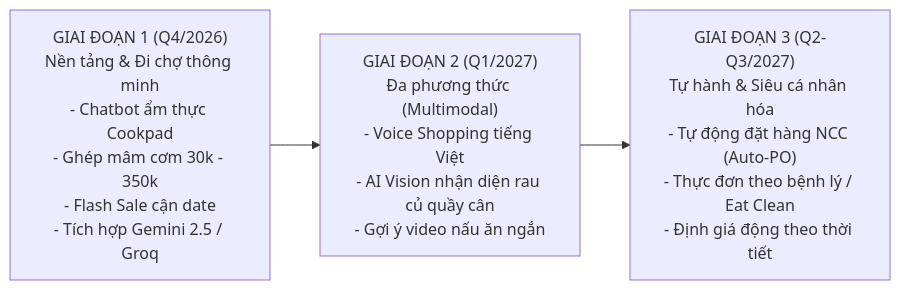
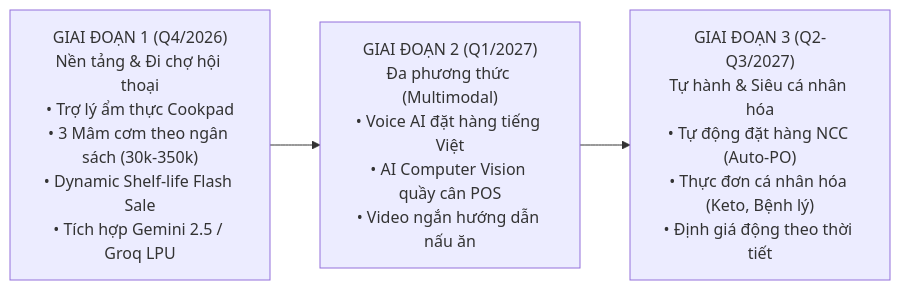
One commit to huykhang666/smart-supermarket changed the diagram in docs/10_AI/09_Roadmap.md. Above: the diagram before and after it, drawn with Mermaid. The commit also changed other lines of this file and 10 other files, not shown here.

````diff
--- a/docs/10_AI/09_Roadmap.md
+++ b/docs/10_AI/09_Roadmap.md
@@ -18,6 +20,6 @@
 ```mermaid
 flowchart LR
-    P1["GIAI ĐOẠN 1 (Q4/2026)<br/>Nền tảng & Đi chợ thông minh<br/>- Chatbot ẩm thực Cookpad<br/>- Ghép mâm cơm 30k - 350k<br/>- Flash Sale cận date<br/>- Tích hợp Gemini 2.5 / Groq"]
-    --> P2["GIAI ĐOẠN 2 (Q1/2027)<br/>Đa phương thức (Multimodal)<br/>- Voice Shopping tiếng Việt<br/>- AI Vision nhận diện rau củ quầy cân<br/>- Gợi ý video nấu ăn ngắn"]
-    --> P3["GIAI ĐOẠN 3 (Q2-Q3/2027)<br/>Tự hành & Siêu cá nhân hóa<br/>- Tự động đặt hàng NCC (Auto-PO)<br/>- Thực đơn theo bệnh lý / Eat Clean<br/>- Định giá động theo thời tiết"]
+    P1["GIAI ĐOẠN 1 (Q4/2026)<br/>Nền tảng & Đi chợ hội thoại<br/>• Trợ lý ẩm thực Cookpad<br/>• 3 Mâm cơm theo ngân sách (30k-350k)<br/>• Dynamic Shelf-life Flash Sale<br/>• Tích hợp Gemini 2.5 / Groq LPU"]
+    --> P2["GIAI ĐOẠN 2 (Q1/2027)<br/>Đa phương thức (Multimodal)<br/>• Voice AI đặt hàng tiếng Việt<br/>• AI Computer Vision quầy cân POS<br/>• Video ngắn hướng dẫn nấu ăn"]
+    --> P3["GIAI ĐOẠN 3 (Q2-Q3/2027)<br/>Tự hành & Siêu cá nhân hóa<br/>• Tự động đặt hàng NCC (Auto-PO)<br/>• Thực đơn cá nhân hóa (Keto, Bệnh lý)<br/>• Định giá động theo thời tiết"]
 ```
````
